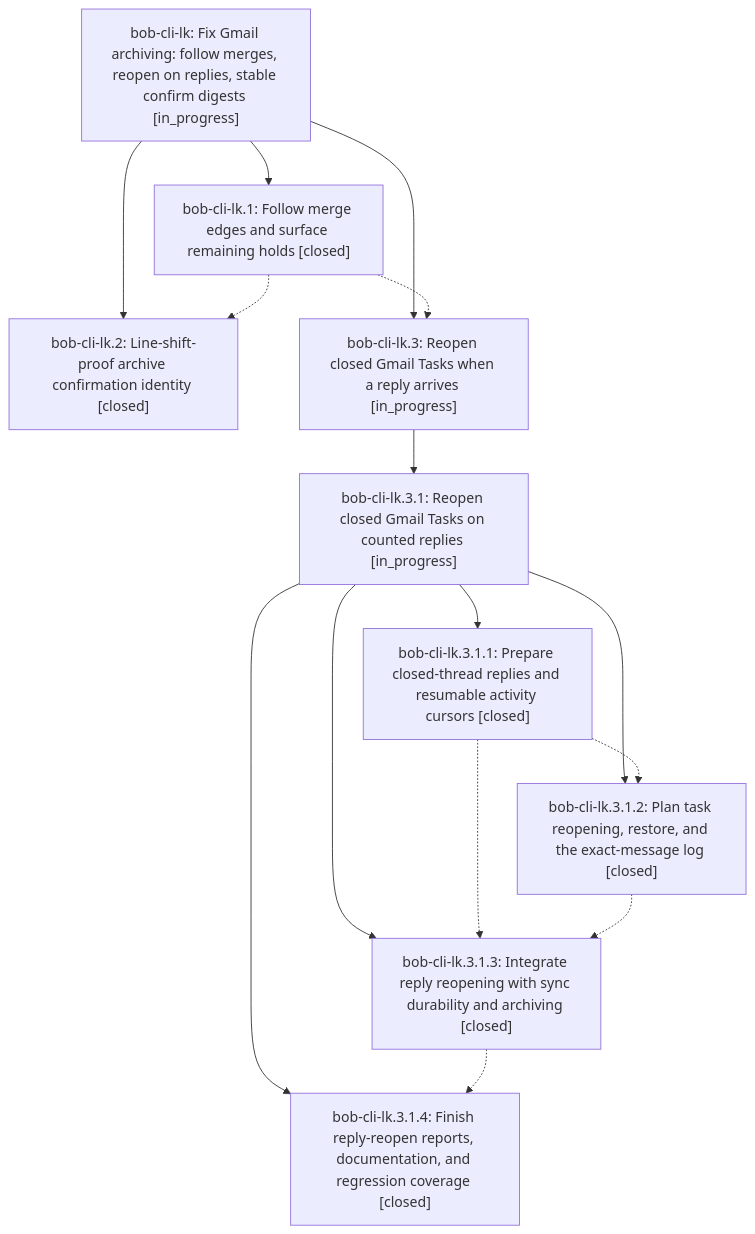
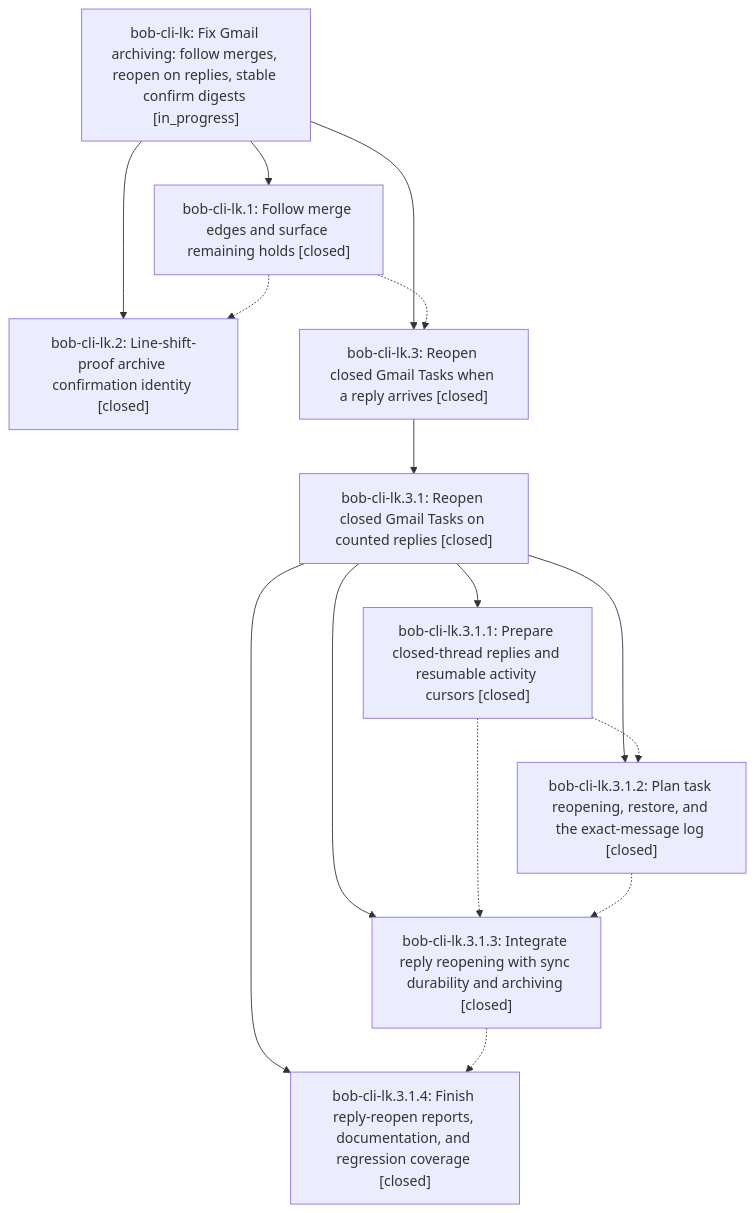
The diagram in pages/bob-cli-lk/README.md (bobs-org/bob-cli--beads), drawn with Mermaid before and after one commit. The commit also changed other lines of this file and 4 other files, not shown here.

First line of the commit message:
chore(beads): sync bead state and pages for bob-cli-lk

````diff
--- a/pages/bob-cli-lk/README.md
+++ b/pages/bob-cli-lk/README.md
@@ -36,26 +36,26 @@
 ```mermaid
 flowchart TD
     n0["bob-cli-lk: Fix Gmail archiving: follow merges, reopen on replies, stable confirm digests [in_progress]"]
     n1["bob-cli-lk.1: Follow merge edges and surface remaining holds [closed]"]
     n2["bob-cli-lk.2: Line-shift-proof archive confirmation identity [closed]"]
-    n3["bob-cli-lk.3: Reopen closed Gmail Tasks when a reply arrives [in_progress]"]
-    n4["bob-cli-lk.3.1: Reopen closed Gmail Tasks on counted replies [in_progress]"]
+    n3["bob-cli-lk.3: Reopen closed Gmail Tasks when a reply arrives [closed]"]
+    n4["bob-cli-lk.3.1: Reopen closed Gmail Tasks on counted replies [closed]"]
     n5["bob-cli-lk.3.1.1: Prepare closed-thread replies and resumable activity cursors [closed]"]
     n6["bob-cli-lk.3.1.2: Plan task reopening, restore, and the exact-message log [closed]"]
     n7["bob-cli-lk.3.1.3: Integrate reply reopening with sync durability and archiving [closed]"]
     n8["bob-cli-lk.3.1.4: Finish reply-reopen reports, documentation, and regression coverage [closed]"]
     n0 --> n1
     n0 --> n2
     n0 --> n3
     n3 --> n4
     n4 --> n5
     n4 --> n6
     n4 --> n7
     n4 --> n8
     n1 -.-> n2
     n1 -.-> n3
     n5 -.-> n6
     n5 -.-> n7
     n6 -.-> n7
     n7 -.-> n8
 ```
````
